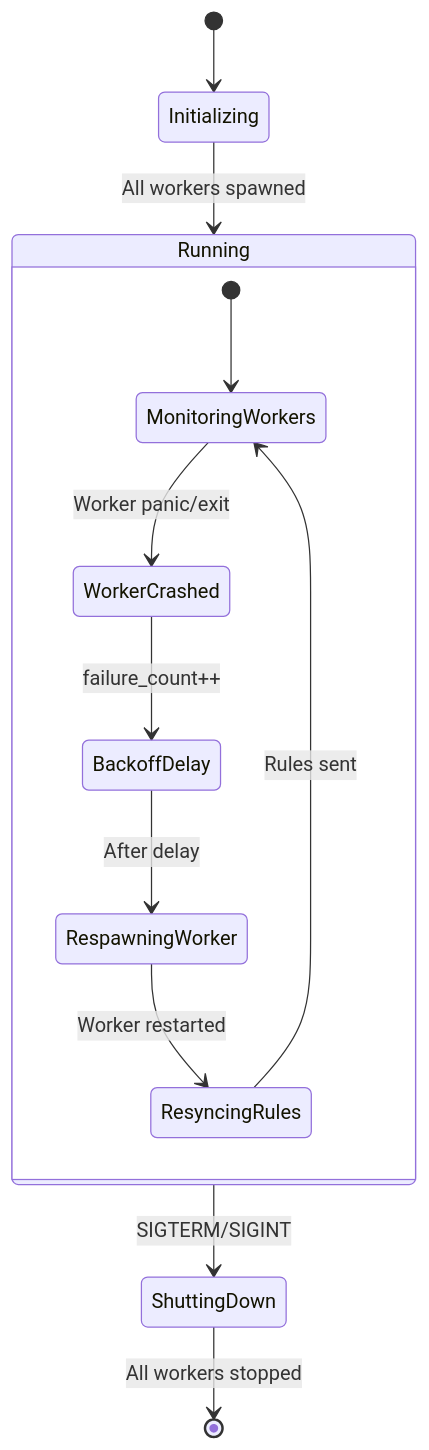
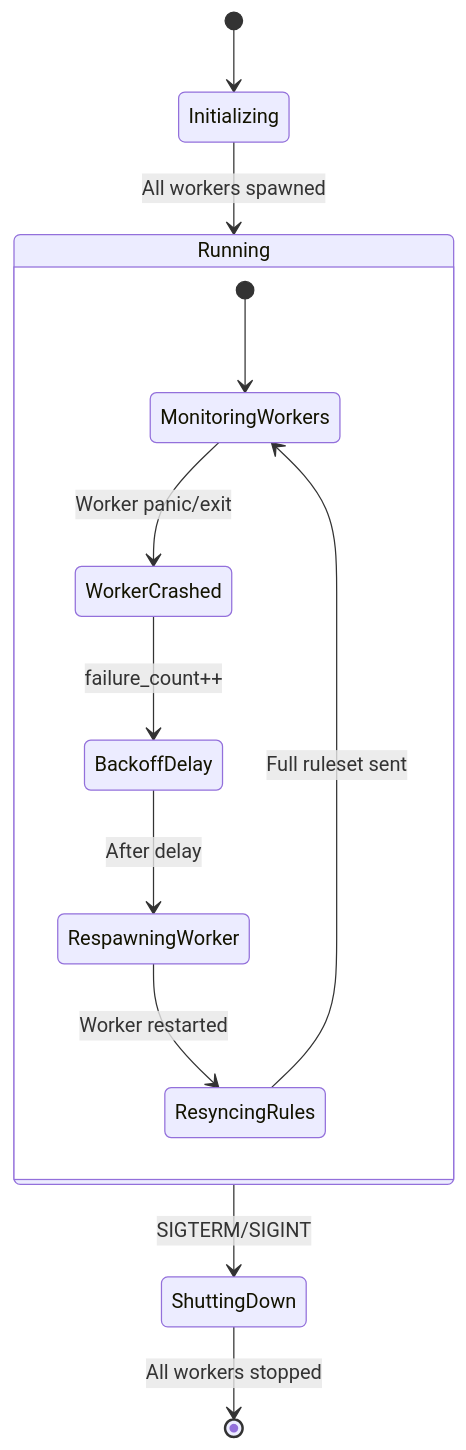
Before and after one commit to acooks/mcr: the fourth of 4 diagrams in developer_docs/ARCHITECTURE.md, drawn with Mermaid. The commit also changed other lines of this file, not shown here.

First line of the commit message:
docs: Update ARCHITECTURE.md to reflect actual implementation

````diff
--- a/developer_docs/ARCHITECTURE.md
+++ b/developer_docs/ARCHITECTURE.md
@@ -198,17 +295,17 @@
 ```mermaid
 stateDiagram-v2
     [*] --> Initializing
     Initializing --> Running: All workers spawned
 
     state Running {
         [*] --> MonitoringWorkers
         MonitoringWorkers --> WorkerCrashed: Worker panic/exit
         WorkerCrashed --> BackoffDelay: failure_count++
         BackoffDelay --> RespawningWorker: After delay
         RespawningWorker --> ResyncingRules: Worker restarted
-        ResyncingRules --> MonitoringWorkers: Rules sent
+        ResyncingRules --> MonitoringWorkers: Full ruleset sent
     }
 
     Running --> ShuttingDown: SIGTERM/SIGINT
     ShuttingDown --> [*]: All workers stopped
 ```
````
